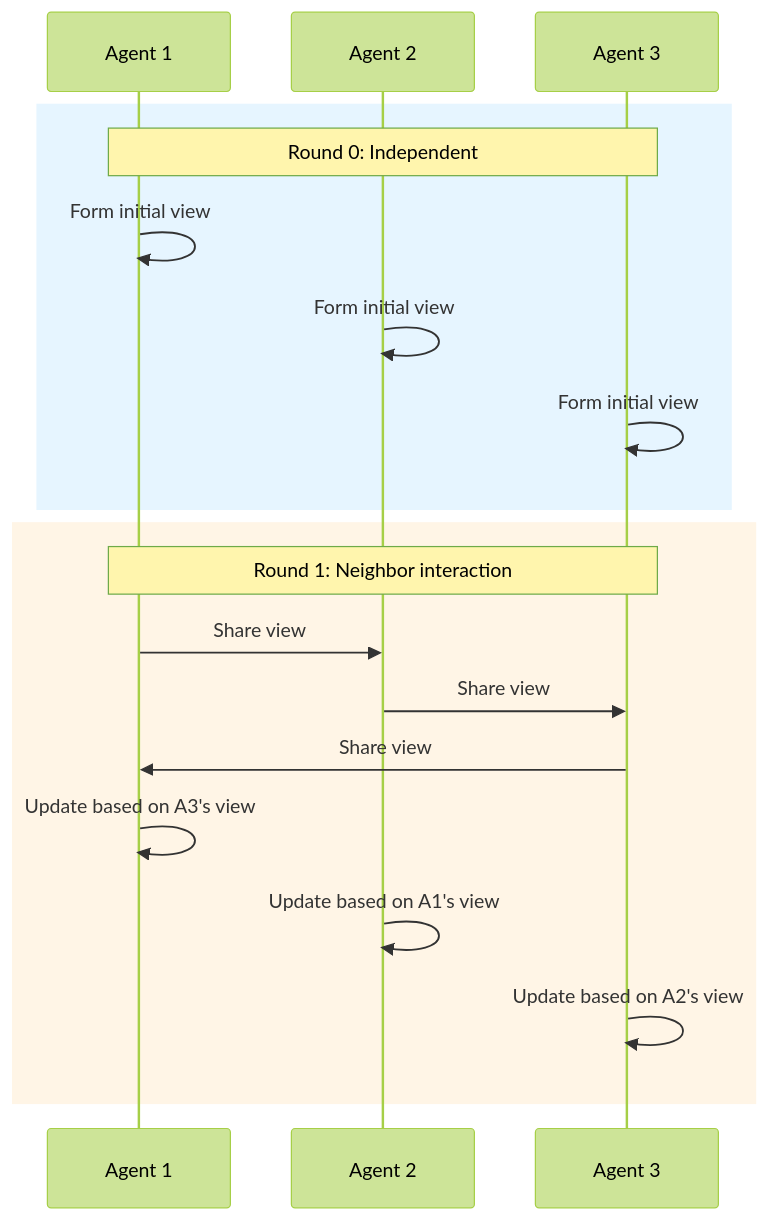
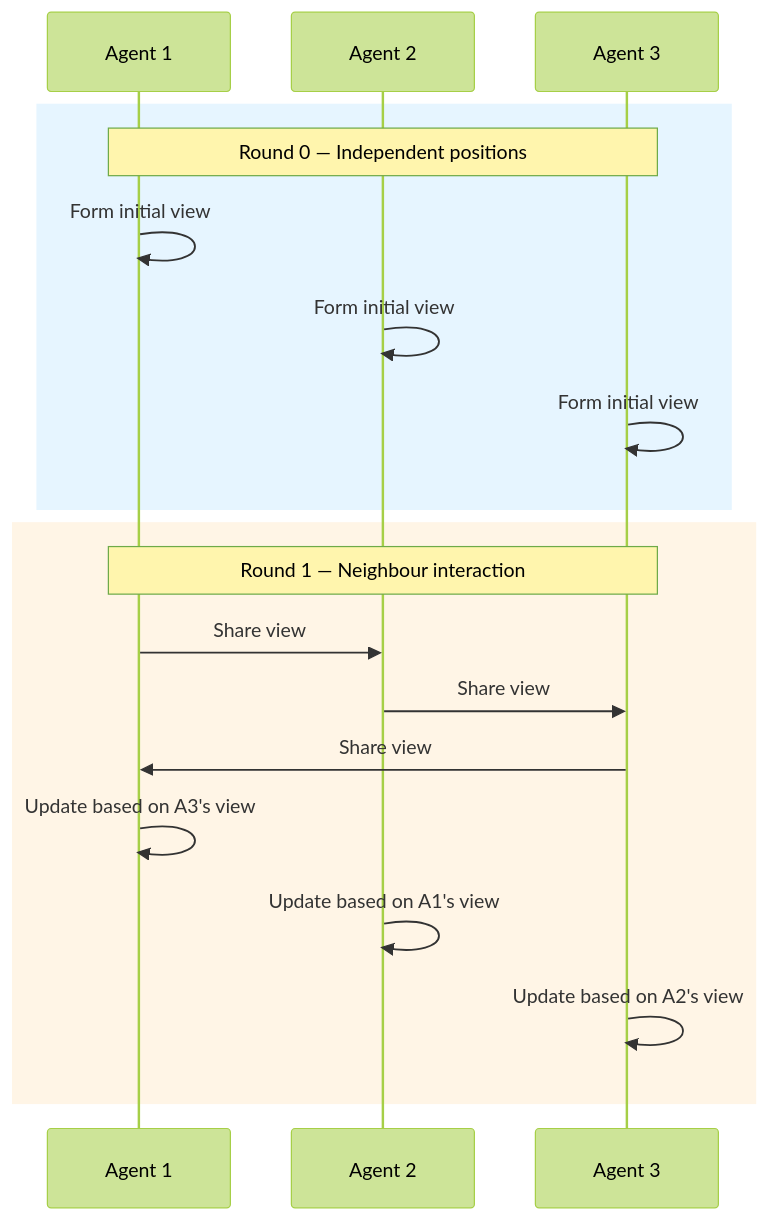
Before and after one commit to pyagent-core/pyagent: the diagram in docs/patterns/advanced/swarm.md, drawn with Mermaid (forest theme). The commit also changed other lines of this file and 152 other files, not shown here.

````diff
--- a/docs/patterns/advanced/swarm.md
+++ b/docs/patterns/advanced/swarm.md
@@ -7,23 +12,23 @@
 ```mermaid
 sequenceDiagram
     participant A1 as Agent 1
     participant A2 as Agent 2
     participant A3 as Agent 3
 
     rect rgb(230, 245, 255)
-        Note over A1,A3: Round 0: Independent
+        Note over A1,A3: Round 0 — Independent positions
         A1->>A1: Form initial view
         A2->>A2: Form initial view
         A3->>A3: Form initial view
     end
 
     rect rgb(255, 245, 230)
-        Note over A1,A3: Round 1: Neighbor interaction
+        Note over A1,A3: Round 1 — Neighbour interaction
         A1->>A2: Share view
         A2->>A3: Share view
         A3->>A1: Share view
         A1->>A1: Update based on A3's view
         A2->>A2: Update based on A1's view
         A3->>A3: Update based on A2's view
     end
 ```
````
